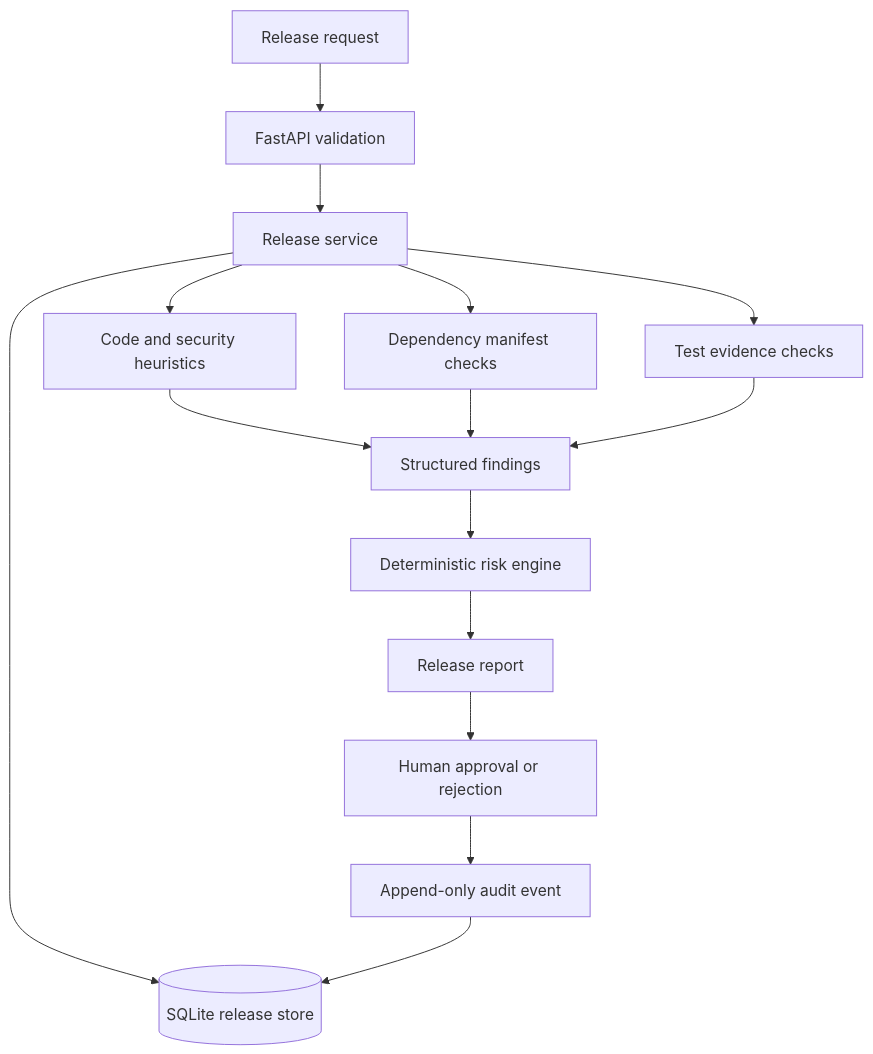
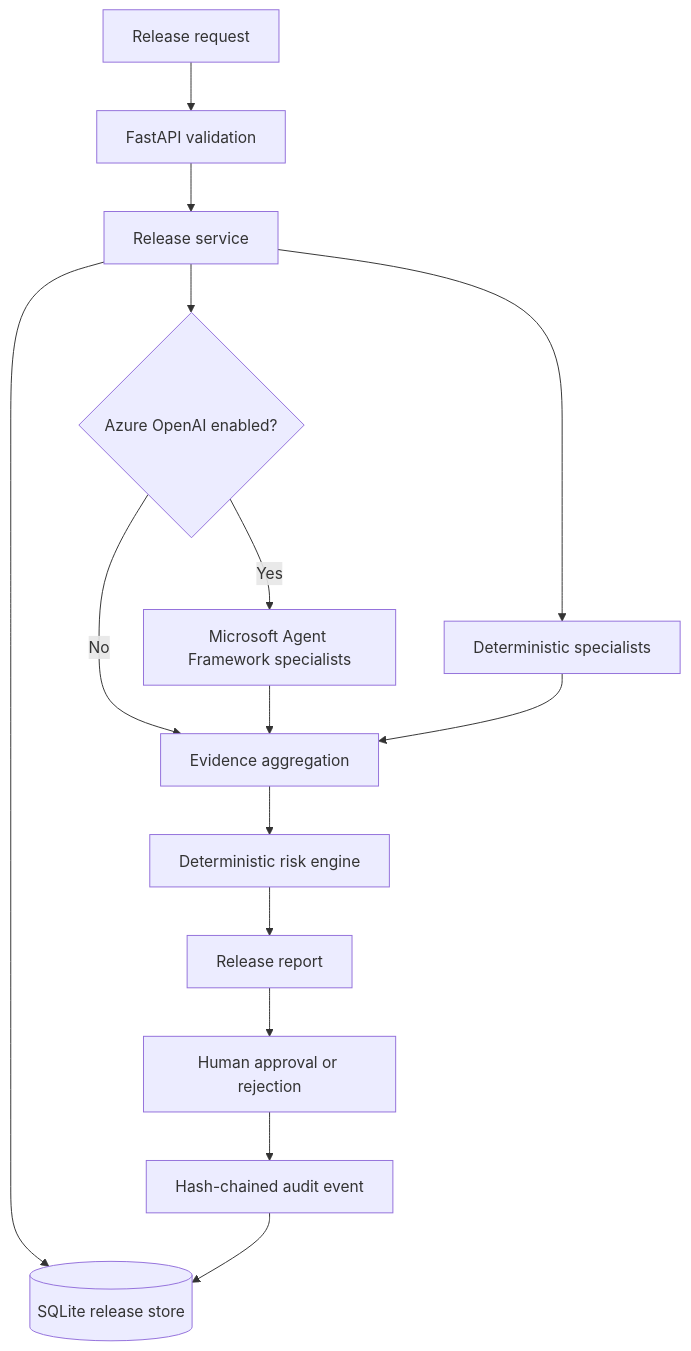
Before and after one commit to Sansshrey/ReleaseGuard-AI: the diagram in docs/architecture.md, drawn with Mermaid. The commit also changed other lines of this file, not shown here.

Commit message:
Document hybrid local and Azure agent architecture

````diff
--- a/docs/architecture.md
+++ b/docs/architecture.md
@@ -12,17 +18,17 @@
 ```mermaid
 flowchart TD
   A[Release request] --> B[FastAPI validation]
   B --> C[Release service]
-  C --> D[Code and security heuristics]
-  C --> E[Dependency manifest checks]
-  C --> F[Test evidence checks]
-  D --> G[Structured findings]
-  E --> G
+  C --> D[Deterministic specialists]
+  C --> E{Azure OpenAI enabled?}
+  E -->|No| G[Evidence aggregation]
+  E -->|Yes| F[Microsoft Agent Framework specialists]
   F --> G
+  D --> G
   G --> H[Deterministic risk engine]
   H --> I[Release report]
   I --> J[Human approval or rejection]
   C --> K[(SQLite release store)]
-  J --> L[Append-only audit event]
+  J --> L[Hash-chained audit event]
   L --> K
 ```
````
